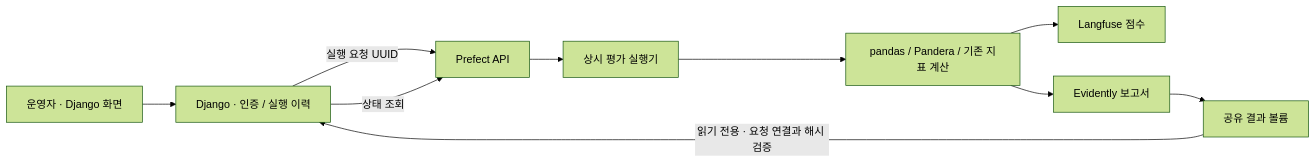
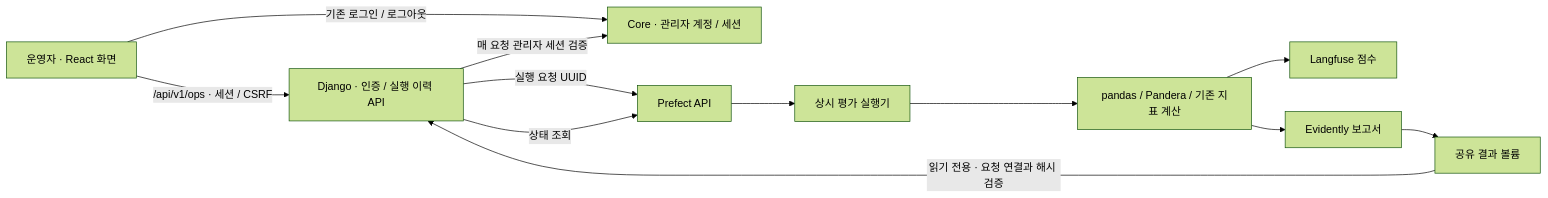
The diagram in infrastructure/llmops/README.md (20220348-kim/SKN34-4th-1Team), drawn with Mermaid (forest theme) before and after one commit. The commit also changed other lines of this file and 42 other files, not shown here.

First line of the commit message:
기능: LLMOps 운영 화면 React 전환 및 관리자 로그인 통합

````diff
--- a/infrastructure/llmops/README.md
+++ b/infrastructure/llmops/README.md
@@ -82,12 +95,14 @@
 ```mermaid
 flowchart LR
-    UI[운영자 · Django 화면] --> OPS[Django · 인증 / 실행 이력]
+    UI[운영자 · React 화면] -->|기존 로그인 / 로그아웃| C[Core · 관리자 계정 / 세션]
+    UI -->|/api/v1/ops · 세션 / CSRF| OPS[Django · 인증 / 실행 이력 API]
+    OPS -->|매 요청 관리자 세션 검증| C
     OPS -->|실행 요청 UUID| P[Prefect API]
     P --> R[상시 평가 실행기]
     R --> E[pandas / Pandera / 기존 지표 계산]
     E --> L[Langfuse 점수]
     E --> V[Evidently 보고서]
     V --> F[공유 결과 볼륨]
     F -->|읽기 전용 · 요청 연결과 해시 검증| OPS
     OPS -->|상태 조회| P
 ```
````
